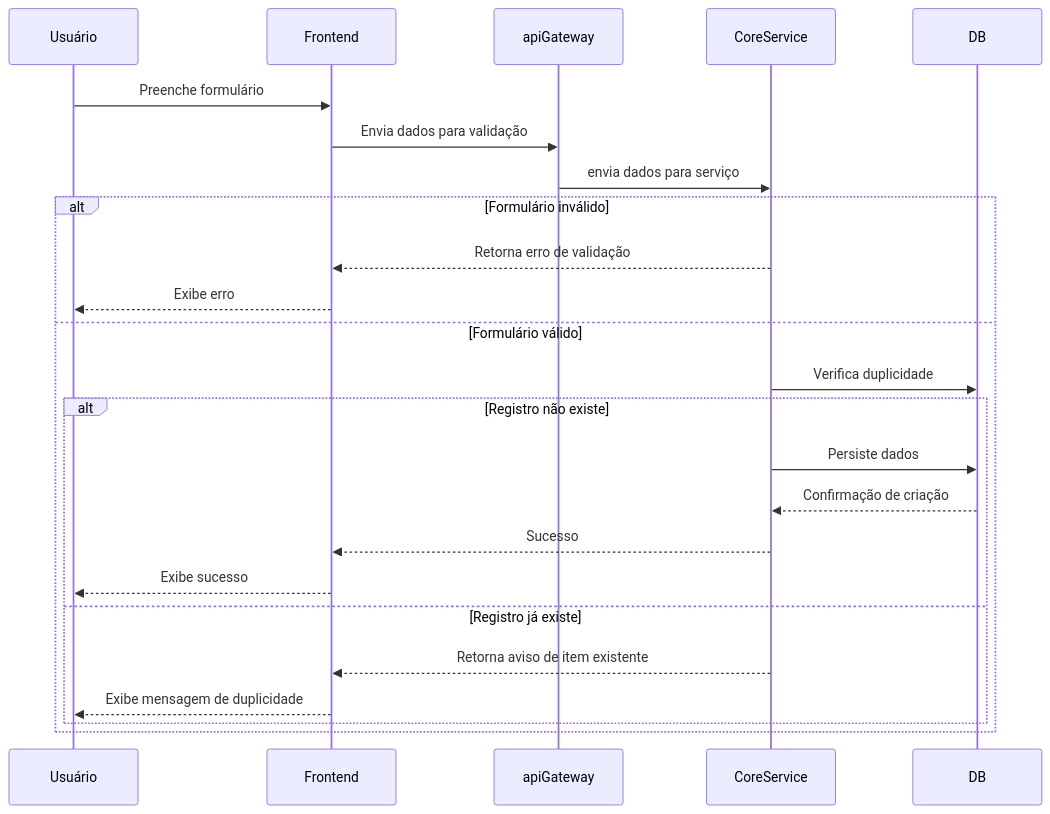
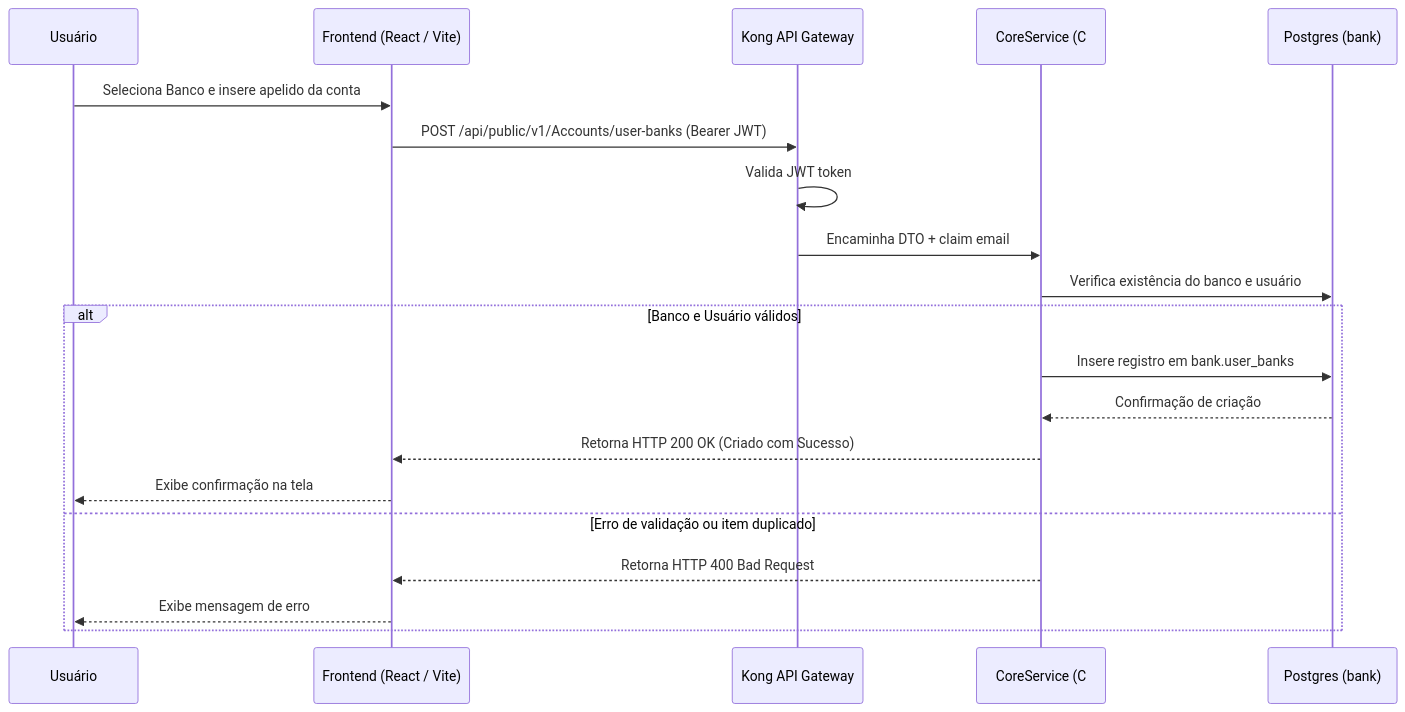
The second of 5 diagrams in docs/config/docs/content/FluxosNegocio/about.md (pedrovtof/Nievo-easy-fin), drawn with Mermaid before and after one commit. The commit also changed other lines of this file and 17 other files, not shown here.

````diff
--- a/docs/config/docs/content/FluxosNegocio/about.md
+++ b/docs/config/docs/content/FluxosNegocio/about.md
@@ -85,29 +86,23 @@
 ```mermaid
-    sequenceDiagram
-    participant Usuário
-    participant Frontend
-    participant apiGateway
-    participant CoreService
-    participant DB
+sequenceDiagram
+    participant Usuario as Usuário
+    participant Frontend as Frontend (React / Vite)
+    participant Kong as Kong API Gateway
+    participant Core as CoreService (C#)
+    participant DB as Postgres (bank)
 
-    Usuário->>Frontend: Preenche formulário
-    Frontend->>apiGateway: Envia dados para validação
-    apiGateway->>CoreService: envia dados para serviço
-
-    alt Formulário inválido
-        CoreService-->>Frontend: Retorna erro de validação
-        Frontend-->>Usuário: Exibe erro
-    else Formulário válido
-        CoreService->>DB: Verifica duplicidade
-        alt Registro não existe
-            CoreService->>DB: Persiste dados
-            DB-->>CoreService: Confirmação de criação
-            CoreService-->>Frontend: Sucesso
-            Frontend-->>Usuário: Exibe sucesso
-        else Registro já existe
-            CoreService-->>Frontend: Retorna aviso de item existente
-            Frontend-->>Usuário: Exibe mensagem de duplicidade
-        end
+    Usuario->>Frontend: Seleciona Banco e insere apelido da conta
+    Frontend->>Kong: POST /api/public/v1/Accounts/user-banks (Bearer JWT)
+    Kong->>Kong: Valida JWT token
+    Kong->>Core: Encaminha DTO + claim email
+    Core->>DB: Verifica existência do banco e usuário
+    alt Banco e Usuário válidos
+        Core->>DB: Insere registro em bank.user_banks
+        DB-->>Core: Confirmação de criação
+        Core-->>Frontend: Retorna HTTP 200 OK (Criado com Sucesso)
+        Frontend-->>Usuario: Exibe confirmação na tela
+    else Erro de validação ou item duplicado
+        Core-->>Frontend: Retorna HTTP 400 Bad Request
+        Frontend-->>Usuario: Exibe mensagem de erro
     end
-
 ```
````
